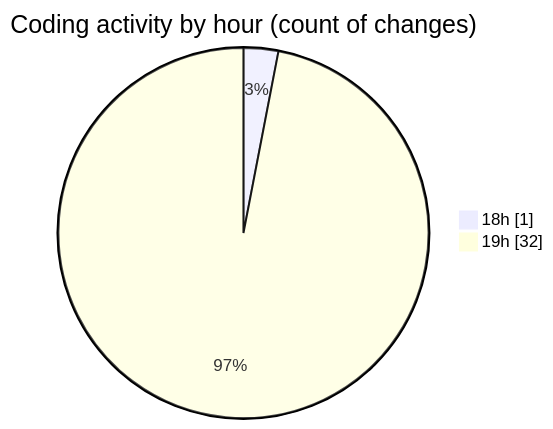
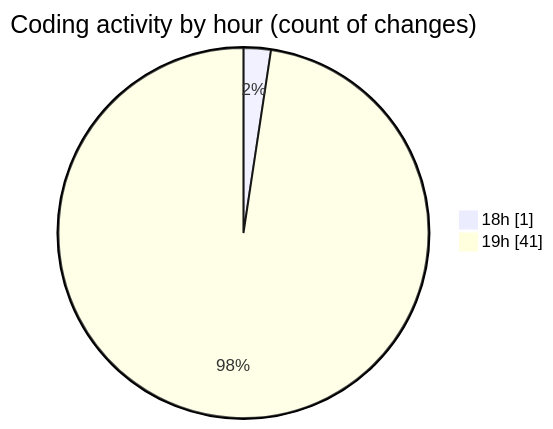
One commit to Netris89/code-tracking changed the second of 2 diagrams in 2025-03-30/front-end/README.md. Above: the diagram before and after it, drawn with Mermaid. The commit also changed other lines of this file and 1 other file, not shown here.

````diff
--- a/2025-03-30/front-end/README.md
+++ b/2025-03-30/front-end/README.md
@@ -34,6 +34,6 @@
 ```mermaid
 pie showData
 title Coding activity by hour (count of changes)
 "18h" : 1
-"19h" : 32
+"19h" : 41
 ```
````
